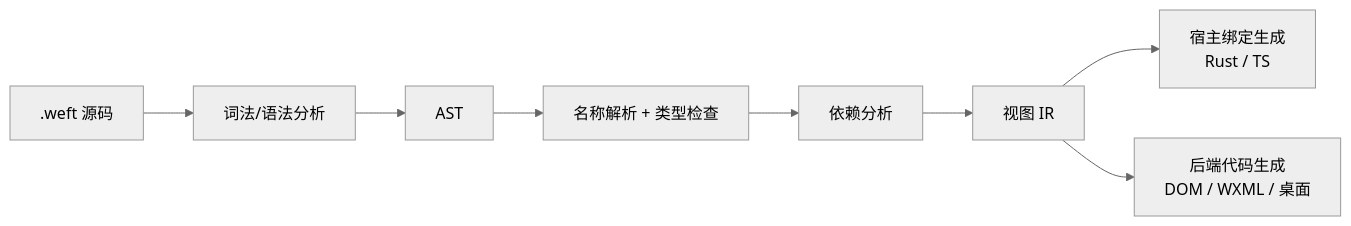
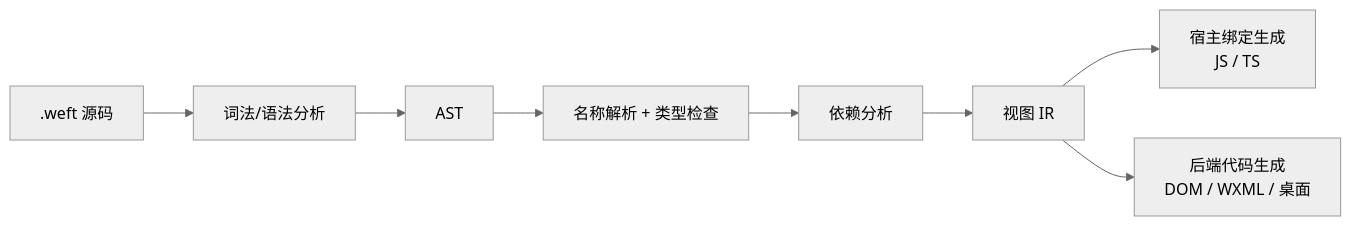
The second of 2 diagrams in docs/PLAN.md (MioYiSama/weft-ui), drawn with Mermaid (neutral theme) before and after one commit. The commit also changed other lines of this file and 109 other files, not shown here.

First line of the commit message:
refactor: P0 — removed Rust host, split codegen crates, added driver and compileApp

````diff
--- a/docs/PLAN.md
+++ b/docs/PLAN.md
@@ -233,10 +199,10 @@
 ```mermaid
 flowchart LR
   Src[.weft 源码] --> Parse[词法/语法分析]
   Parse --> AST
   AST --> Sema[名称解析 + 类型检查]
   Sema --> Dep[依赖分析]
   Dep --> IR[视图 IR]
-  IR --> HostGen[宿主绑定生成<br/>Rust / TS]
+  IR --> HostGen[宿主绑定生成<br/>JS / TS]
   IR --> BackendGen[后端代码生成<br/>DOM / WXML / 桌面]
 ```
````
